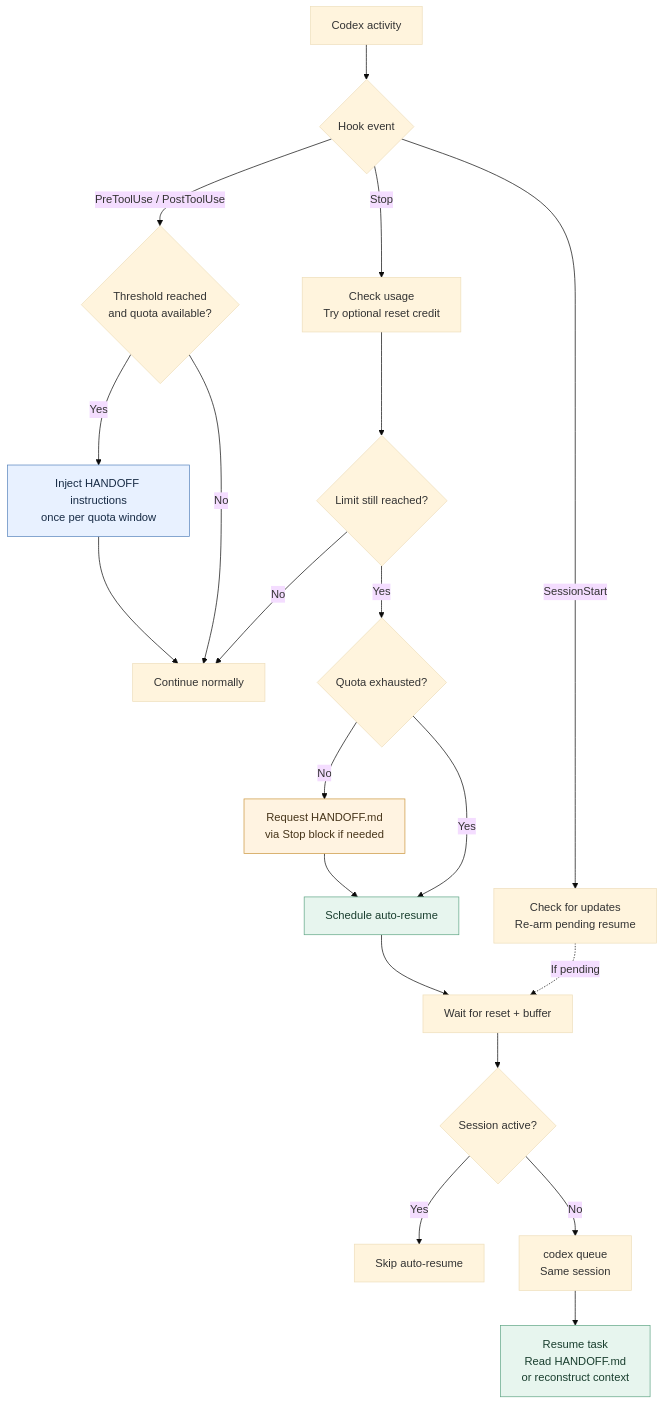
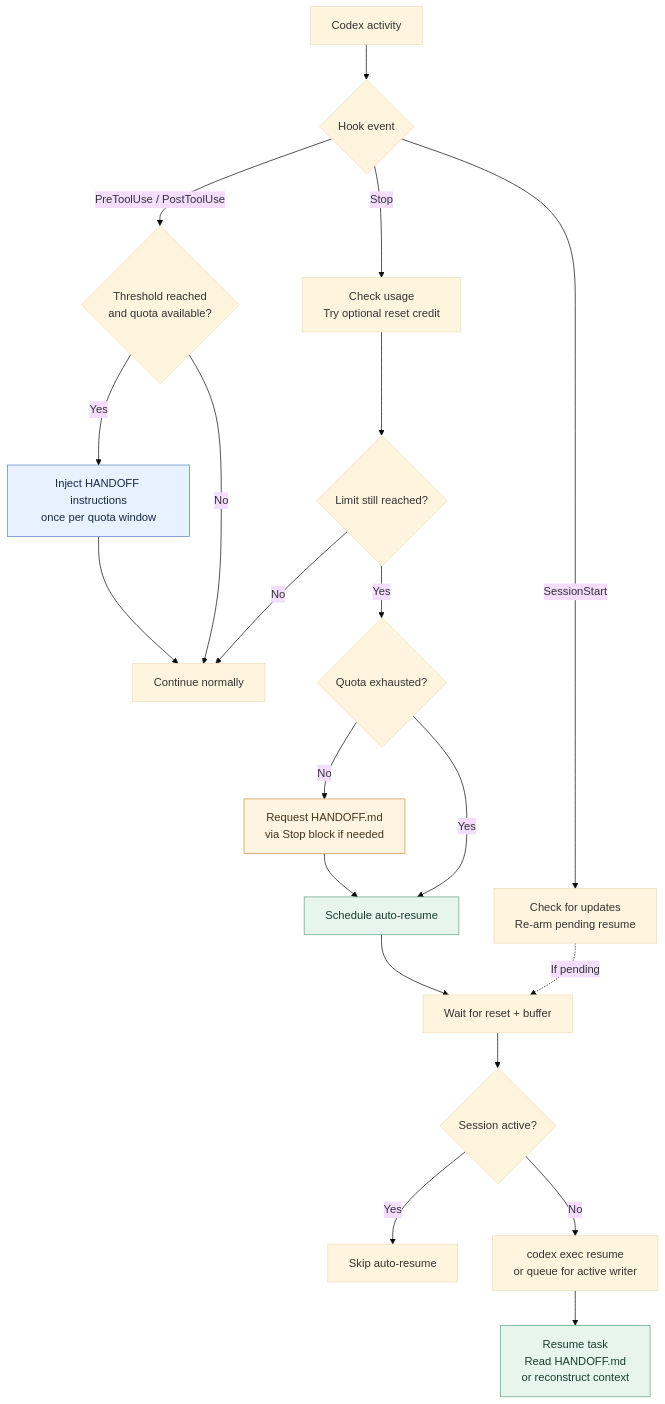
One commit to IsmailAzzouz/codex-auto-startstop changed the diagram in README.md. Above: the diagram before and after it, drawn with Mermaid (base theme). The commit also changed other lines of this file, not shown here.

Commit message:
docs: explain reliable resumed execution and optional queue behavior

````diff
--- a/README.md
+++ b/README.md
@@ -29,32 +29,32 @@
 ```mermaid
 flowchart TD
     A["Codex activity"] --> B{"Hook event"}
 
     B -- "PreToolUse / PostToolUse" --> C{"Threshold reached<br/>and quota available?"}
     C -- Yes --> D["Inject HANDOFF instructions<br/>once per quota window"]
     C -- No --> E["Continue normally"]
     D --> E
 
     B -- Stop --> F["Check usage<br/>Try optional reset credit"]
     F --> G{"Limit still reached?"}
     G -- No --> E
     G -- Yes --> H{"Quota exhausted?"}
 
     H -- No --> I["Request HANDOFF.md<br/>via Stop block if needed"]
     H -- Yes --> J["Schedule auto-resume"]
     I --> J
 
     B -- SessionStart --> K["Check for updates<br/>Re-arm pending resume"]
     K -. "If pending" .-> L
 
     J --> L["Wait for reset + buffer"]
     L --> M{"Session active?"}
     M -- Yes --> N["Skip auto-resume"]
-    M -- No --> O["codex queue<br/>Same session"]
+    M -- No --> O["codex exec resume<br/>or queue for active writer"]
     O --> P["Resume task<br/>Read HANDOFF.md<br/>or reconstruct context"]
 
     style D fill:#e8f1ff,stroke:#5684bd,color:#172b45
     style I fill:#fff3e1,stroke:#cb963f,color:#47351a
     style J fill:#e7f5ee,stroke:#60a686,color:#193e2e
     style P fill:#e7f5ee,stroke:#60a686,color:#193e2e
 ```
````
